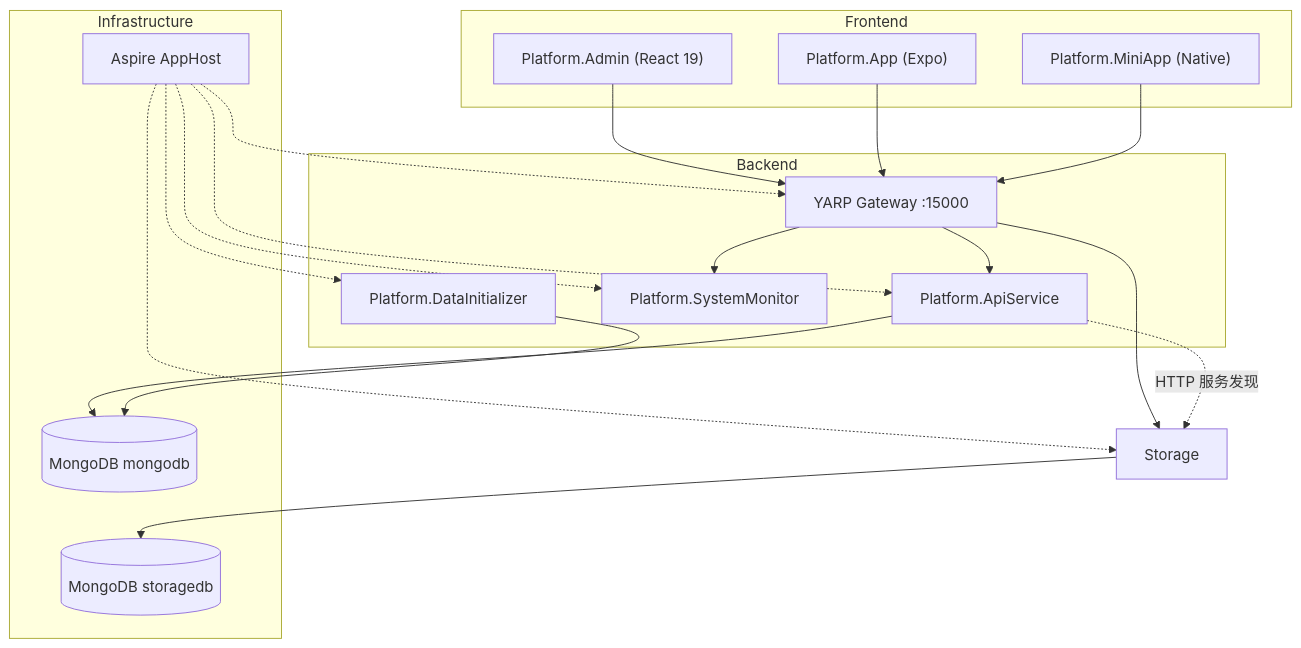
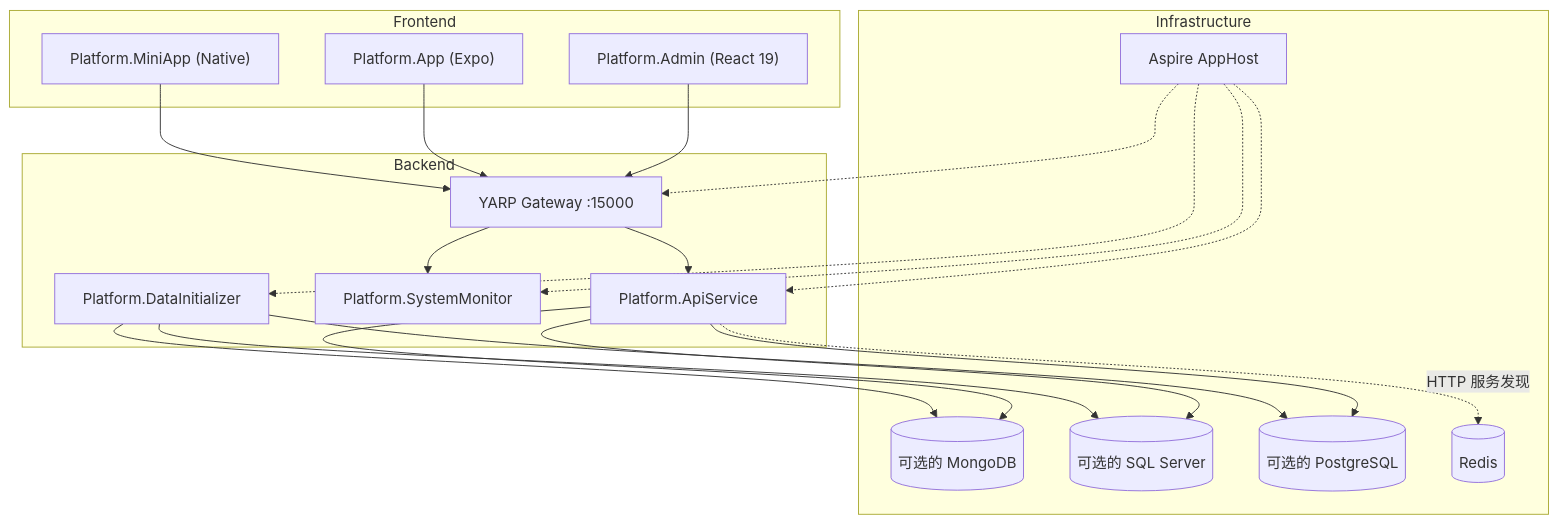
Before and after one commit to wjw1-Evan/aspire-admin: the diagram in README.md, drawn with Mermaid. The commit also changed other lines of this file and 12 other files, not shown here.

````diff
--- a/README.md
+++ b/README.md
@@ -110,35 +110,38 @@
 ```mermaid
 graph TD
     subgraph Frontend
         Admin["Platform.Admin (React 19)"]
         App["Platform.App (Expo)"]
         MiniApp["Platform.MiniApp (Native)"]
     end
 
     subgraph Backend
         Gateway["YARP Gateway :15000"]
         ApiService["Platform.ApiService"]
         SysMonitor["Platform.SystemMonitor"]
         DataInit["Platform.DataInitializer"]
     end
 
     subgraph Infrastructure
         Aspire["Aspire AppHost"]
-        MongoMain[(MongoDB mongodb)]
-        MongoStore[(MongoDB storagedb)]
+        MongoMain[(可选的 MongoDB)]
+        SqlServer[(可选的 SQL Server)]
+        Postgres[(可选的 PostgreSQL)]
+        Redis[(Redis)]
     end
 
     Admin & App & MiniApp --> Gateway
     Gateway --> ApiService
-    Gateway --> Storage
     Gateway --> SysMonitor
     ApiService --> MongoMain
-    ApiService -.->|HTTP 服务发现| Storage
-    Storage --> MongoStore
+    ApiService --> SqlServer
+    ApiService --> Postgres
+    ApiService -.->|HTTP 服务发现| Redis
     Aspire -.-> Gateway
     Aspire -.-> ApiService
-    Aspire -.-> Storage
     Aspire -.-> SysMonitor
     Aspire -.-> DataInit
     DataInit --> MongoMain
+    DataInit --> SqlServer
+    DataInit --> Postgres
 ```
````
